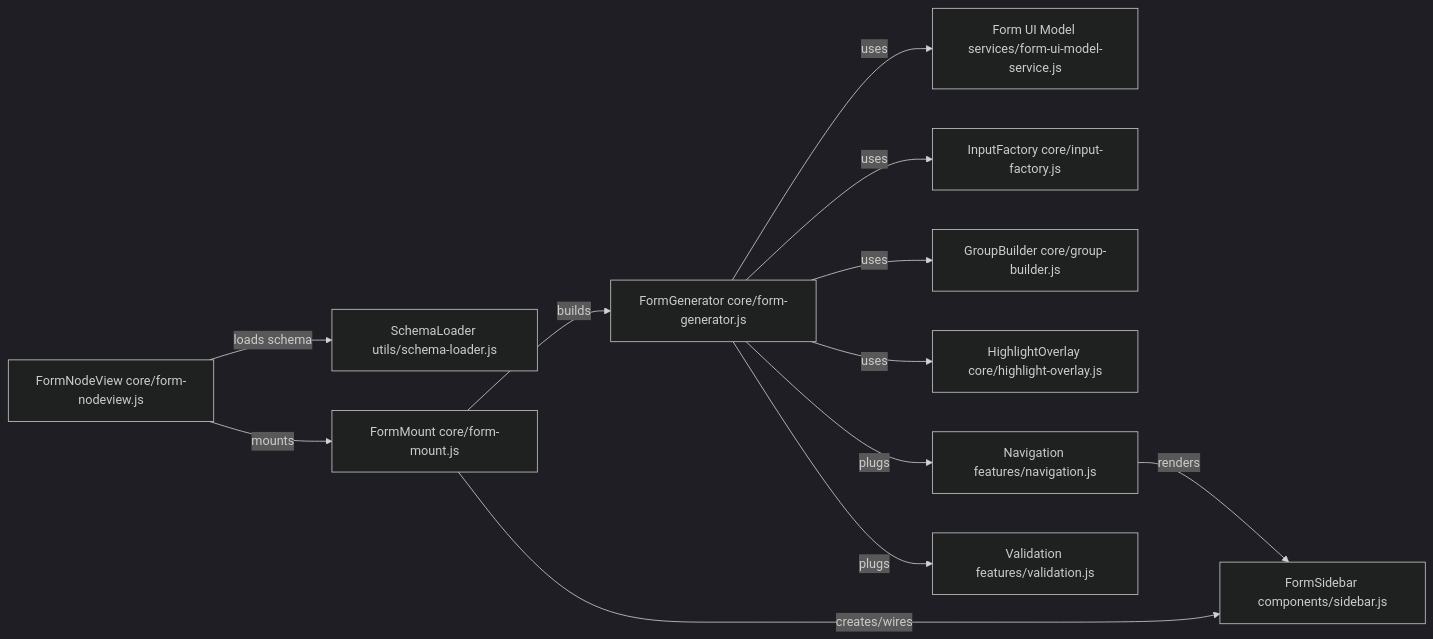
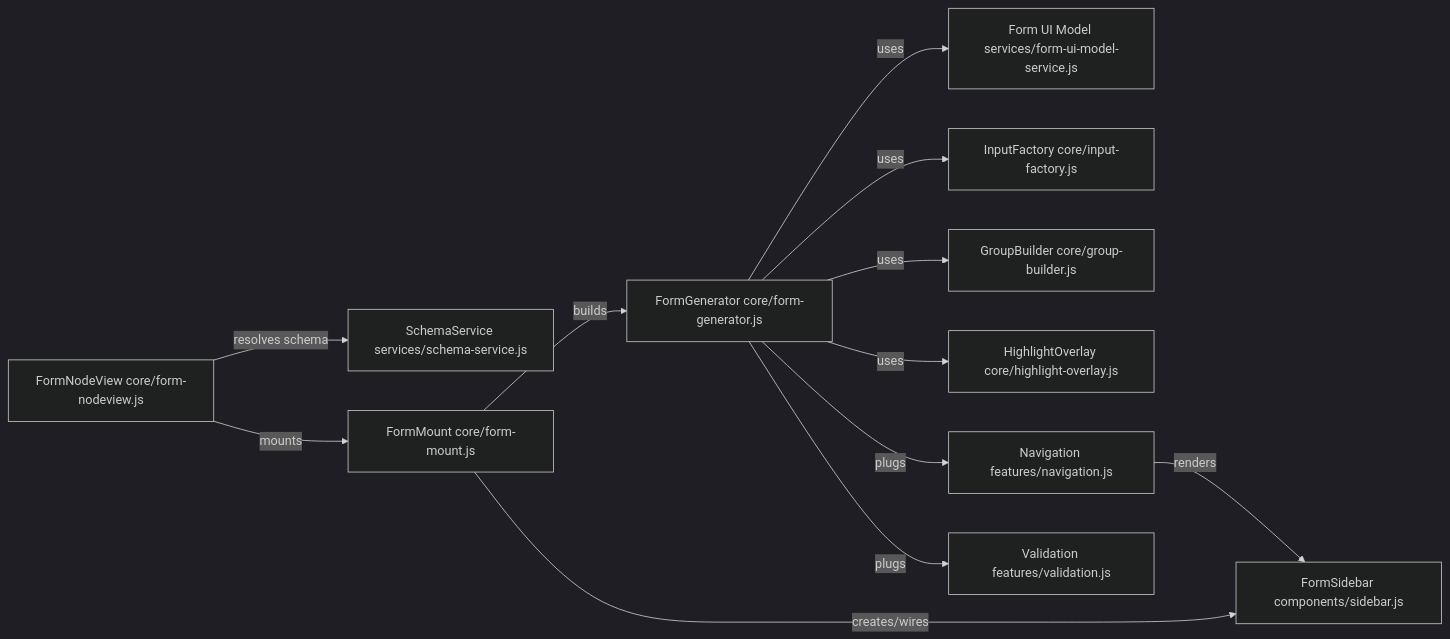
Before and after one commit to adobe/da-live: the diagram in blocks/form/forms/libs/form-ui/doc/ui-flow.md, drawn with Mermaid (dark theme). The commit also changed other lines of this file and 3 other files, not shown here.

````diff
--- a/blocks/form/forms/libs/form-ui/doc/ui-flow.md
+++ b/blocks/form/forms/libs/form-ui/doc/ui-flow.md
@@ -15,26 +15,26 @@
 ```mermaid
 flowchart LR
   PM[FormNodeView core/form-nodeview.js]
   MOUNT[FormMount core/form-mount.js]
   FG[FormGenerator core/form-generator.js]
   FM[Form UI Model services/form-ui-model-service.js]
   IF[InputFactory core/input-factory.js]
   GB[GroupBuilder core/group-builder.js]
   HO[HighlightOverlay core/highlight-overlay.js]
   NAV[Navigation features/navigation.js]
   VAL[Validation features/validation.js]
   SB[FormSidebar components/sidebar.js]
-  SL[SchemaLoader utils/schema-loader.js]
+  SS[SchemaService services/schema-service.js]
 
-  PM -- loads schema --> SL
+  PM -- resolves schema --> SS
   PM -- mounts --> MOUNT
   MOUNT -- builds --> FG
   FG -- uses --> FM
   FG -- uses --> IF
   FG -- uses --> GB
   FG -- uses --> HO
   FG -- plugs --> NAV
   FG -- plugs --> VAL
   MOUNT -- creates/wires --> SB
   NAV -- renders --> SB
 ```
````
